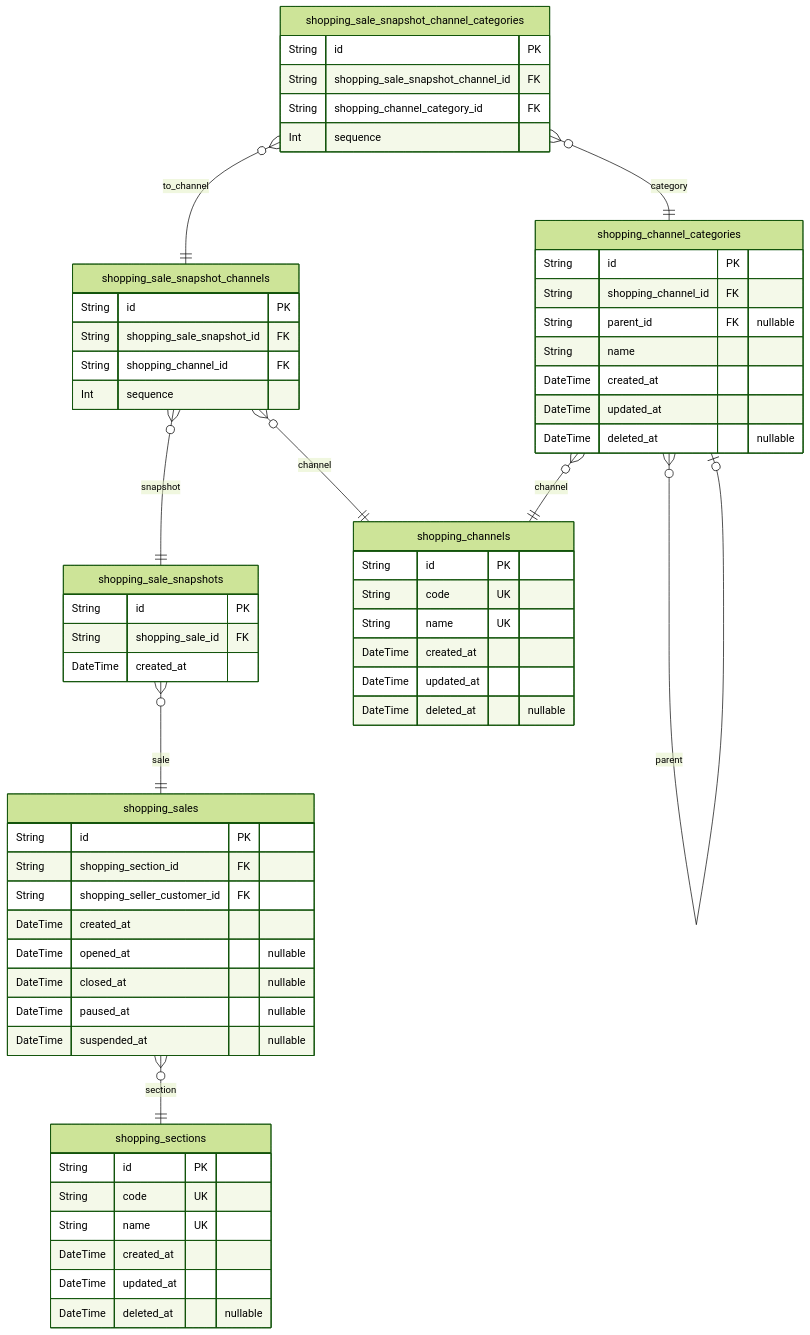
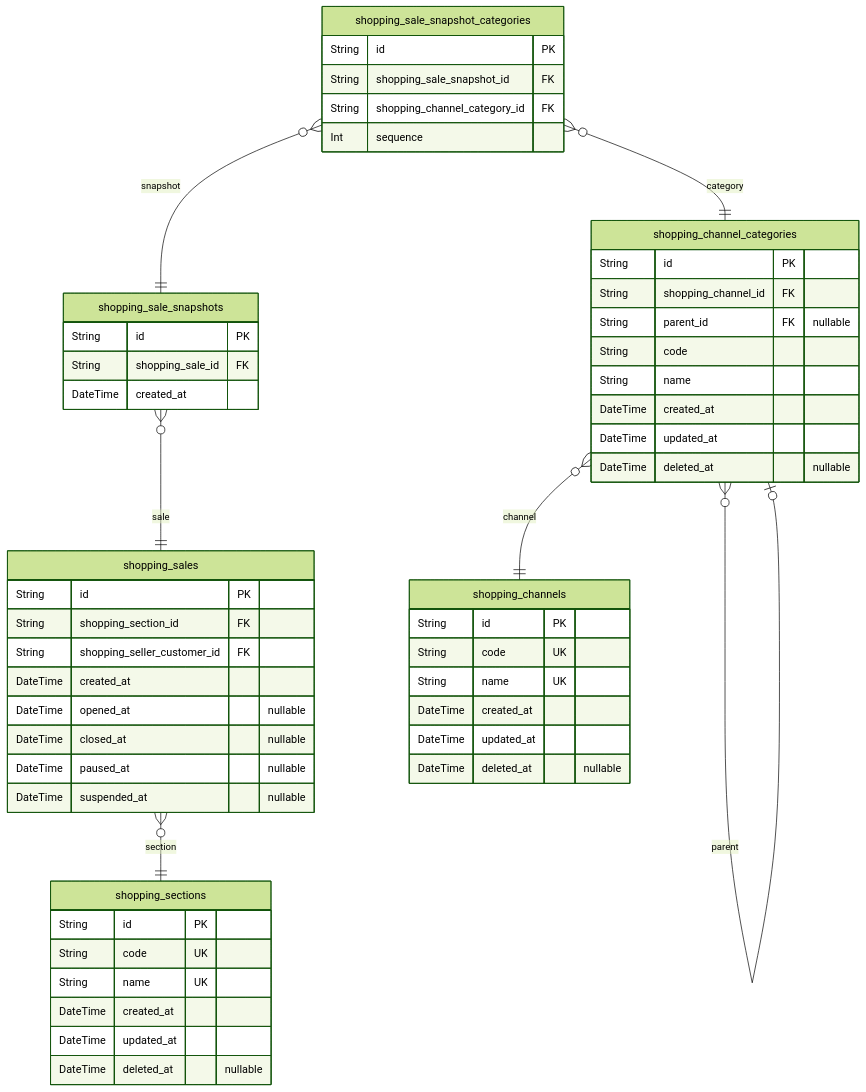
One commit to samchon/shopping-backend changed the second of 10 diagrams in docs/ERD.md. Above: the diagram before and after it, drawn with Mermaid (forest theme). The commit also changed other lines of this file and 1 other file, not shown here.

Commit message:
Fix ERD generated location

````diff
--- a/docs/ERD.md
+++ b/docs/ERD.md
@@ -235,63 +235,56 @@
 ```mermaid
 erDiagram
 "shopping_channels" {
   String id PK
   String code UK
   String name UK
   DateTime created_at
   DateTime updated_at
   DateTime deleted_at "nullable"
 }
 "shopping_channel_categories" {
   String id PK
   String shopping_channel_id FK
   String parent_id FK "nullable"
+  String code
   String name
   DateTime created_at
   DateTime updated_at
   DateTime deleted_at "nullable"
 }
 "shopping_sections" {
   String id PK
   String code UK
   String name UK
   DateTime created_at
   DateTime updated_at
   DateTime deleted_at "nullable"
 }
 "shopping_sales" {
   String id PK
   String shopping_section_id FK
   String shopping_seller_customer_id FK
   DateTime created_at
   DateTime opened_at "nullable"
   DateTime closed_at "nullable"
   DateTime paused_at "nullable"
   DateTime suspended_at "nullable"
 }
 "shopping_sale_snapshots" {
   String id PK
   String shopping_sale_id FK
   DateTime created_at
 }
-"shopping_sale_snapshot_channels" {
+"shopping_sale_snapshot_categories" {
   String id PK
   String shopping_sale_snapshot_id FK
-  String shopping_channel_id FK
-  Int sequence
-}
-"shopping_sale_snapshot_channel_categories" {
-  String id PK
-  String shopping_sale_snapshot_channel_id FK
   String shopping_channel_category_id FK
   Int sequence
 }
 "shopping_channel_categories" }o--|| "shopping_channels" : channel
 "shopping_channel_categories" }o--o| "shopping_channel_categories" : parent
 "shopping_sales" }o--|| "shopping_sections" : section
 "shopping_sale_snapshots" }o--|| "shopping_sales" : sale
-"shopping_sale_snapshot_channels" }o--|| "shopping_sale_snapshots" : snapshot
-"shopping_sale_snapshot_channels" }o--|| "shopping_channels" : channel
-"shopping_sale_snapshot_channel_categories" }o--|| "shopping_sale_snapshot_channels" : to_channel
-"shopping_sale_snapshot_channel_categories" }o--|| "shopping_channel_categories" : category
+"shopping_sale_snapshot_categories" }o--|| "shopping_sale_snapshots" : snapshot
+"shopping_sale_snapshot_categories" }o--|| "shopping_channel_categories" : category
 ```
````
